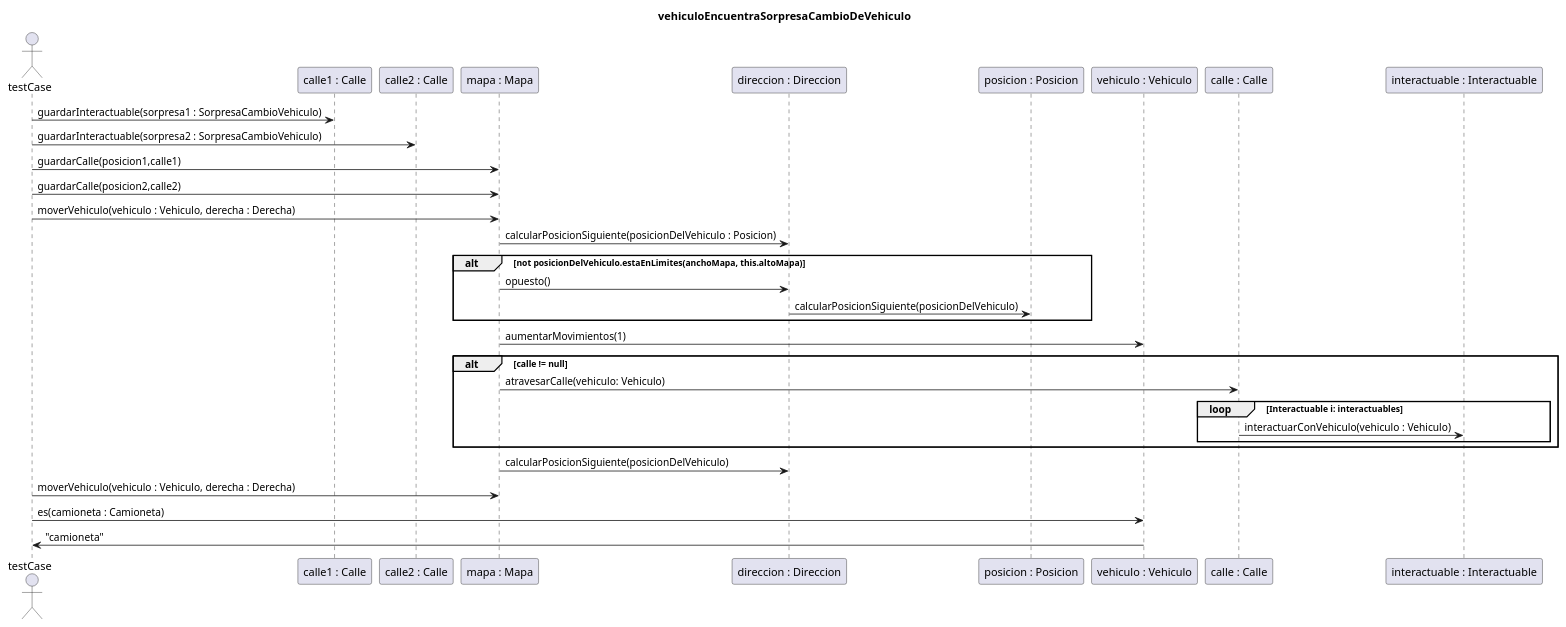
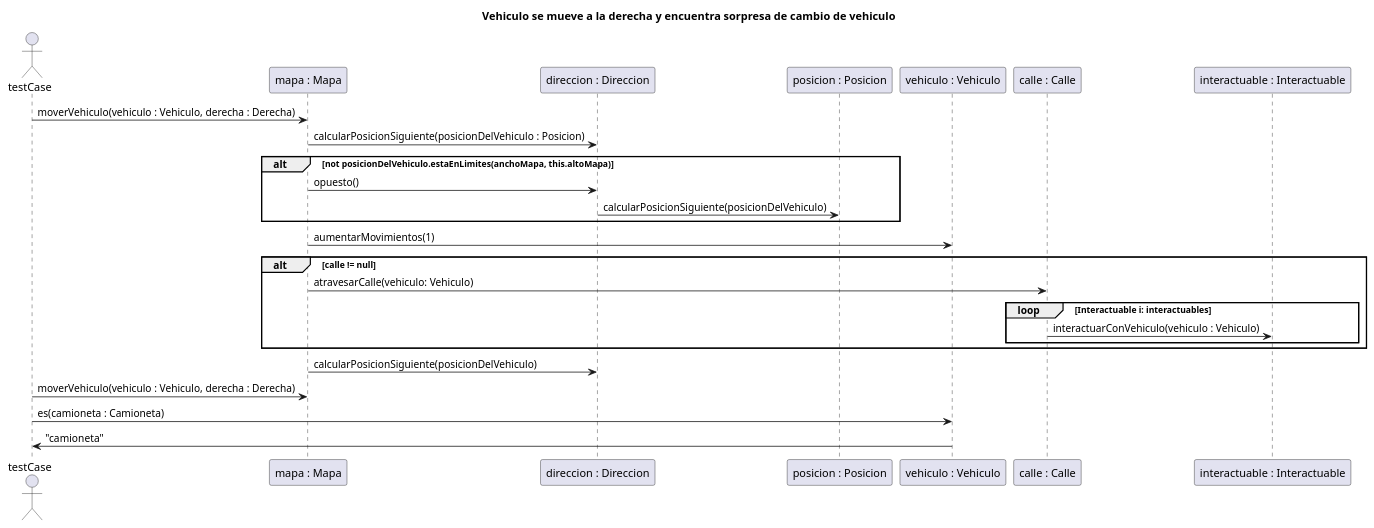
One commit to ianmku/algo3_tp2 changed the diagram in diagrams/sequences/entrega4/vehiculoEnuentraSorpresaCambioDeVehiculo.puml. Above: the diagram before and after it, drawn with PlantUML. The commit also changed 2 other files, not shown here.

Commit message:
se eligen moto y mapa chico, y nombre por defecto

```diff
--- a/diagrams/sequences/entrega4/vehiculoEnuentraSorpresaCambioDeVehiculo.puml
+++ b/diagrams/sequences/entrega4/vehiculoEnuentraSorpresaCambioDeVehiculo.puml
@@ -1,26 +1,22 @@
 @startuml
-title "vehiculoEncuentraSorpresaCambioDeVehiculo"
+title "Vehiculo se mueve a la derecha y encuentra sorpresa de cambio de vehiculo"
 actor testCase
 
-testCase -> "calle1 : Calle" : guardarInteractuable(sorpresa1 : SorpresaCambioVehiculo)
-testCase -> "calle2 : Calle" : guardarInteractuable(sorpresa2 : SorpresaCambioVehiculo)
-testCase -> "mapa : Mapa" : guardarCalle(posicion1,calle1)
-testCase -> "mapa : Mapa" : guardarCalle(posicion2,calle2)
 testCase -> "mapa : Mapa" : moverVehiculo(vehiculo : Vehiculo, derecha : Derecha)
 "mapa : Mapa" -> "direccion : Direccion" : calcularPosicionSiguiente(posicionDelVehiculo : Posicion)
 alt not posicionDelVehiculo.estaEnLimites(anchoMapa, this.altoMapa)
 "mapa : Mapa" -> "direccion : Direccion" : opuesto()
 "direccion : Direccion" -> "posicion : Posicion" : calcularPosicionSiguiente(posicionDelVehiculo)
 end
 "mapa : Mapa" -> "vehiculo : Vehiculo" : aumentarMovimientos(1)
 alt calle != null
 "mapa : Mapa" -> "calle : Calle" : atravesarCalle(vehiculo: Vehiculo)
 loop Interactuable i: interactuables
 "calle : Calle" -> "interactuable : Interactuable" : interactuarConVehiculo(vehiculo : Vehiculo)
 end
 end
 "mapa : Mapa" -> "direccion : Direccion" : calcularPosicionSiguiente(posicionDelVehiculo)
 testCase -> "mapa : Mapa" : moverVehiculo(vehiculo : Vehiculo, derecha : Derecha)
 testCase -> "vehiculo : Vehiculo" : es(camioneta : Camioneta)
 "vehiculo : Vehiculo" -> testCase : "camioneta"
 @enduml
```
